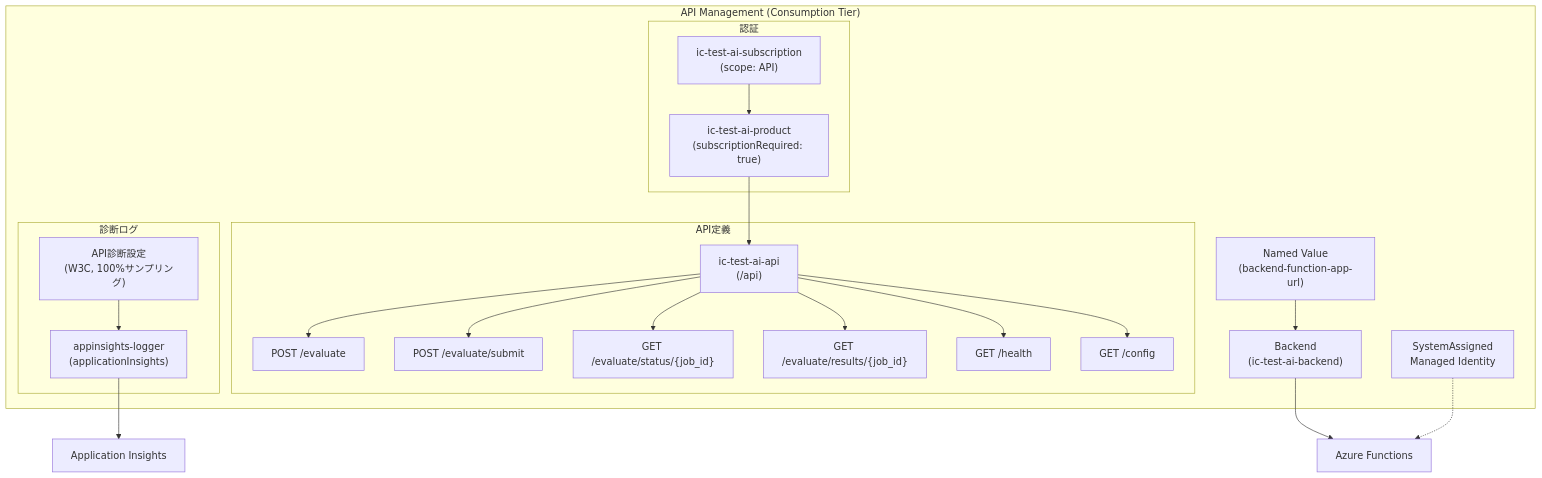
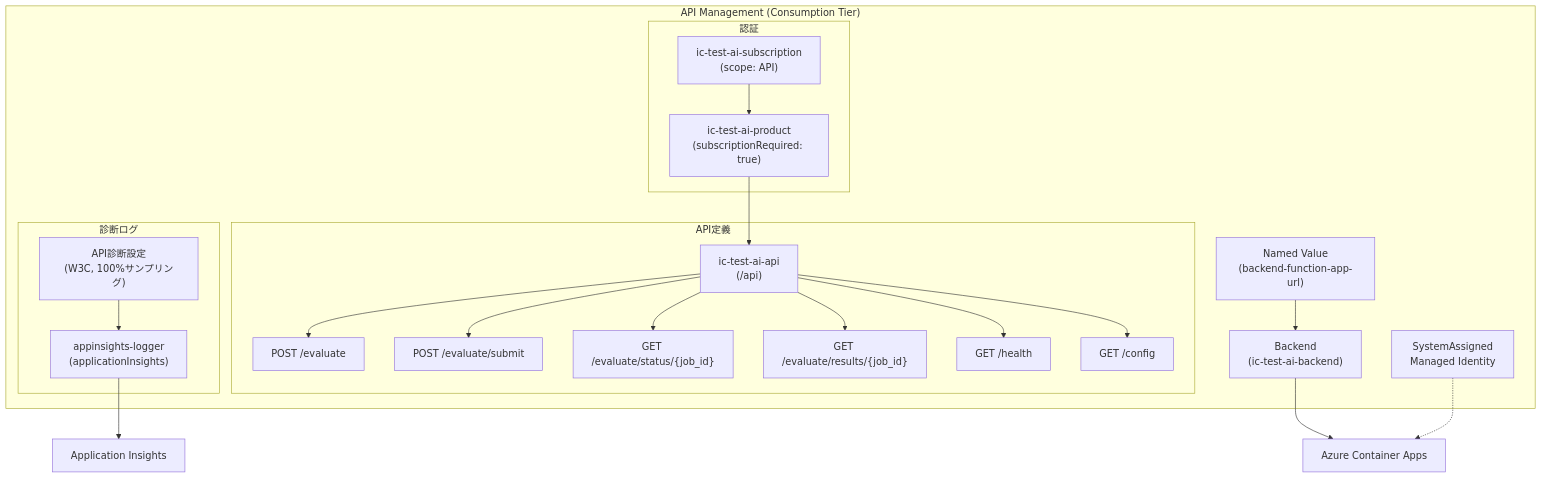
The second of 7 diagrams in docs/architecture/API_GATEWAY_DESIGN.md (GEJFY/ic-test-ai-agent), drawn with Mermaid before and after one commit. The commit also changed other lines of this file and 102 other files, not shown here.

````diff
--- a/docs/architecture/API_GATEWAY_DESIGN.md
+++ b/docs/architecture/API_GATEWAY_DESIGN.md
@@ -116,41 +116,41 @@
 ```mermaid
 flowchart TB
     subgraph APIM["API Management (Consumption Tier)"]
         Identity["SystemAssigned<br/>Managed Identity"]
 
         subgraph APIDefinition["API定義"]
             API["ic-test-ai-api<br/>(/api)"]
             OP1["POST /evaluate"]
             OP2["POST /evaluate/submit"]
             OP3["GET /evaluate/status/{job_id}"]
             OP4["GET /evaluate/results/{job_id}"]
             OP5["GET /health"]
             OP6["GET /config"]
         end
 
         subgraph Auth["認証"]
             Product["ic-test-ai-product<br/>(subscriptionRequired: true)"]
             Subscription["ic-test-ai-subscription<br/>(scope: API)"]
         end
 
         subgraph Logging["診断ログ"]
             Logger["appinsights-logger<br/>(applicationInsights)"]
             Diagnostic["API診断設定<br/>(W3C, 100%サンプリング)"]
         end
 
         NV["Named Value<br/>(backend-function-app-url)"]
         Backend["Backend<br/>(ic-test-ai-backend)"]
     end
 
     AppInsights["Application Insights"]
-    FunctionApp["Azure Functions"]
+    ContainerApp["Azure Container Apps"]
 
     API --> OP1 & OP2 & OP3 & OP4 & OP5 & OP6
     Product --> API
     Subscription --> Product
     Logger --> AppInsights
     Diagnostic --> Logger
-    Backend --> FunctionApp
+    Backend --> ContainerApp
     NV --> Backend
-    Identity -.-> FunctionApp
+    Identity -.-> ContainerApp
 ```
````
